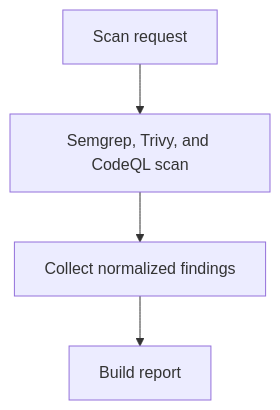
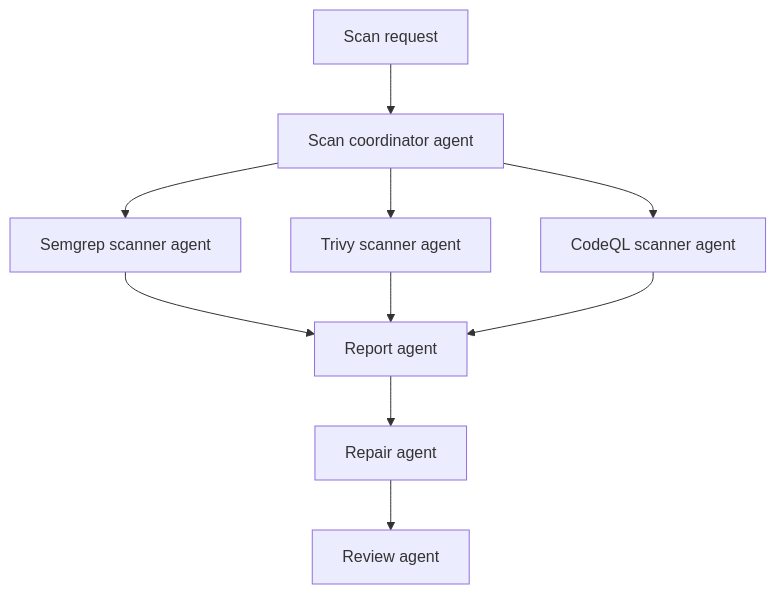
The diagram in README.md (junmin0413/defAPI), drawn with Mermaid before and after one commit. The commit also changed other lines of this file and 10 other files, not shown here.

````diff
--- a/README.md
+++ b/README.md
@@ -17,6 +19,12 @@
 ```mermaid
 flowchart TD
-    Request[Scan request] --> Scanners[Semgrep, Trivy, and CodeQL scan]
-    Scanners --> Findings[Collect normalized findings]
-    Findings --> Report[Build report]
+    Request[Scan request] --> Coordinator[Scan coordinator agent]
+    Coordinator --> Semgrep[Semgrep scanner agent]
+    Coordinator --> Trivy[Trivy scanner agent]
+    Coordinator --> CodeQL[CodeQL scanner agent]
+    Semgrep --> Report[Report agent]
+    Trivy --> Report
+    CodeQL --> Report
+    Report --> Repair[Repair agent]
+    Repair --> Review[Review agent]
 ```
````
